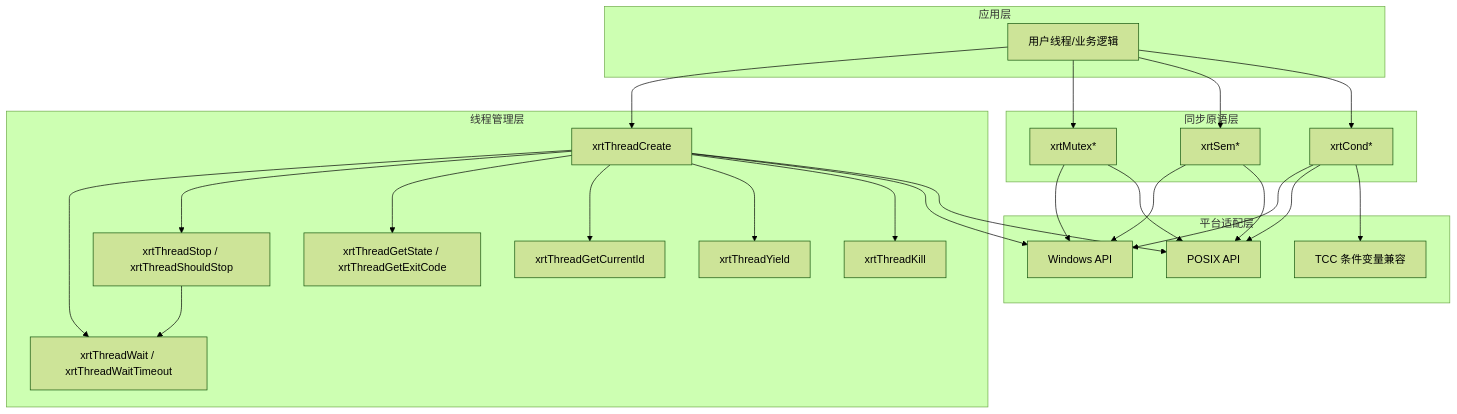
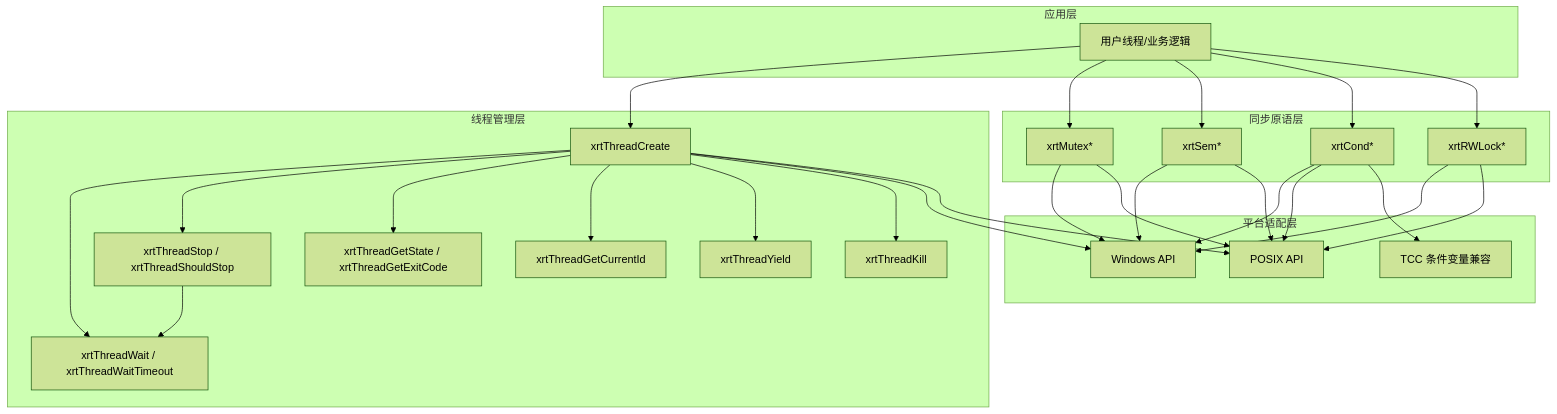
One commit to xywhsoft/xrt changed the second of 9 diagrams in .qoder/repowiki/zh/content/核心功能模块/系统交互层/线程管理模块.md. Above: the diagram before and after it, drawn with Mermaid (forest theme). The commit also changed other lines of this file and 36 other files, not shown here.

````diff
--- a/.qoder/repowiki/zh/content/核心功能模块/系统交互层/线程管理模块.md
+++ b/.qoder/repowiki/zh/content/核心功能模块/系统交互层/线程管理模块.md
@@ -87,45 +87,49 @@
 ```mermaid
 graph TB
 subgraph "应用层"
 APP["用户线程/业务逻辑"]
 end
 subgraph "线程管理层"
 CT["xrtThreadCreate"]
 WT["xrtThreadWait / xrtThreadWaitTimeout"]
 ST["xrtThreadStop / xrtThreadShouldStop"]
 KT["xrtThreadKill"]
 YT["xrtThreadYield"]
 GS["xrtThreadGetState / xrtThreadGetExitCode"]
 CID["xrtThreadGetCurrentId"]
 end
 subgraph "同步原语层"
 MX["xrtMutex*"]
 SM["xrtSem*"]
 CD["xrtCond*"]
+RW["xrtRWLock*"]
 end
 subgraph "平台适配层"
 WIN["Windows API"]
 POSIX["POSIX API"]
 TCC["TCC 条件变量兼容"]
 end
 APP --> CT
 CT --> WT
 CT --> ST
 ST --> WT
 CT --> GS
 CT --> CID
 CT --> YT
 CT --> KT
 APP --> MX
 APP --> SM
 APP --> CD
+APP --> RW
 CT --> WIN
 CT --> POSIX
 MX --> WIN
 MX --> POSIX
 SM --> WIN
 SM --> POSIX
 CD --> WIN
 CD --> POSIX
 CD --> TCC
+RW --> WIN
+RW --> POSIX
 ```
````
